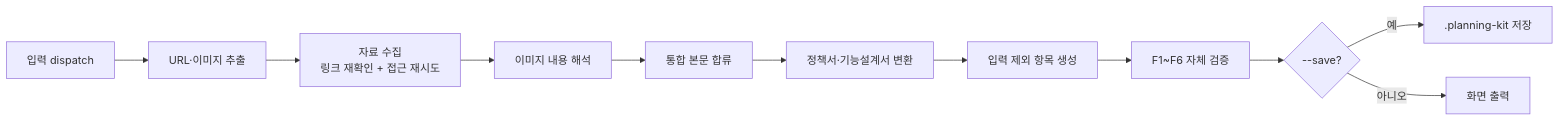
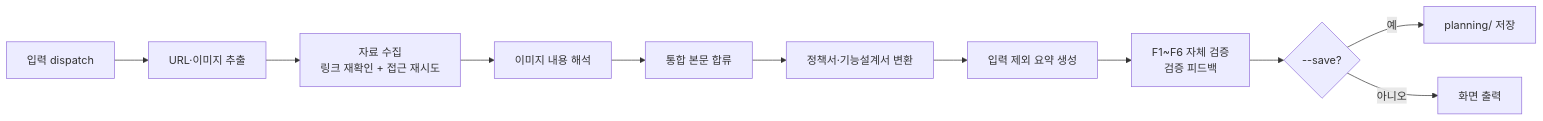
Before and after one commit to inkwonjung-colosseum/plugins: the second of 7 diagrams in planning-kit/docs/planning-kit-workflow-guide.md, drawn with Mermaid. The commit also changed other lines of this file and 24 other files, not shown here.

Commit message:
chore: release planning-kit 0.2.9

````diff
--- a/planning-kit/docs/planning-kit-workflow-guide.md
+++ b/planning-kit/docs/planning-kit-workflow-guide.md
@@ -55,13 +55,13 @@
 ```mermaid
 flowchart LR
   A["입력 dispatch"] --> B["URL·이미지 추출"]
   B --> C["자료 수집<br/>링크 재확인 + 접근 재시도"]
   C --> D["이미지 내용 해석"]
   D --> E["통합 본문 합류"]
   E --> F["정책서·기능설계서 변환"]
-  F --> G["입력 제외 항목 생성"]
-  G --> H["F1~F6 자체 검증"]
+  F --> G["입력 제외 요약 생성"]
+  G --> H["F1~F6 자체 검증<br/>검증 피드백"]
   H --> I{"--save?"}
-  I -->|"예"| J[".planning-kit 저장"]
+  I -->|"예"| J["planning/ 저장"]
   I -->|"아니오"| K["화면 출력"]
 ```
````
